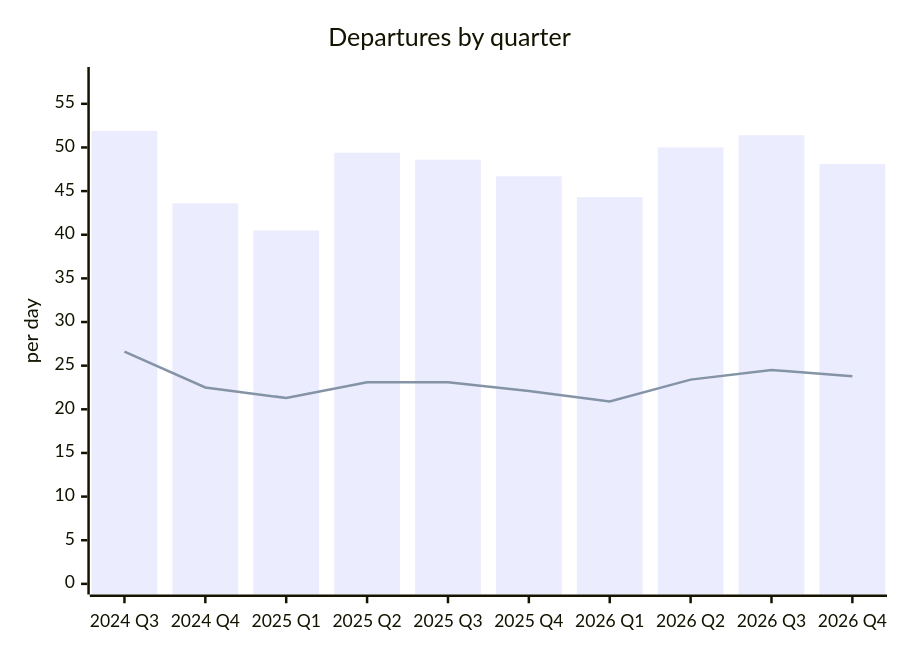
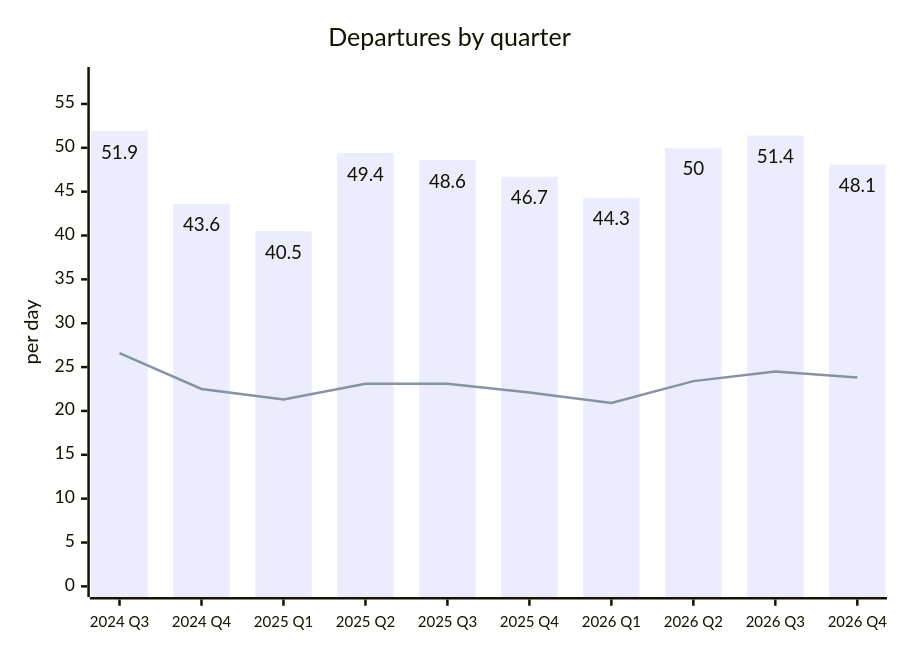
One commit to rainermesi/tll-airport-departures changed the second of 3 diagrams in README.md. Above: the diagram before and after it, drawn with Mermaid. The commit also changed other lines of this file and 5 other files, not shown here.

First line of the commit message:
Fix the destination diagram and explain each terminal hour.

````diff
--- a/README.md
+++ b/README.md
@@ -32,13 +31,15 @@
 ```mermaid
 ---
-xyChart:
+config:
+  xyChart:
+    showDataLabel: true
     xAxis:
       labelFontSize: 12
 ---
 xychart-beta
     title "Departures by quarter"
     x-axis ["2024 Q3", "2024 Q4", "2025 Q1", "2025 Q2", "2025 Q3", "2025 Q4", "2026 Q1", "2026 Q2", "2026 Q3", "2026 Q4"]
     y-axis "per day" 0 --> 58
     bar [51.9, 43.6, 40.5, 49.4, 48.6, 46.7, 44.3, 50.0, 51.4, 48.1]
     line [26.6, 22.5, 21.3, 23.1, 23.1, 22.1, 20.9, 23.4, 24.5, 23.8]
 ```
````
